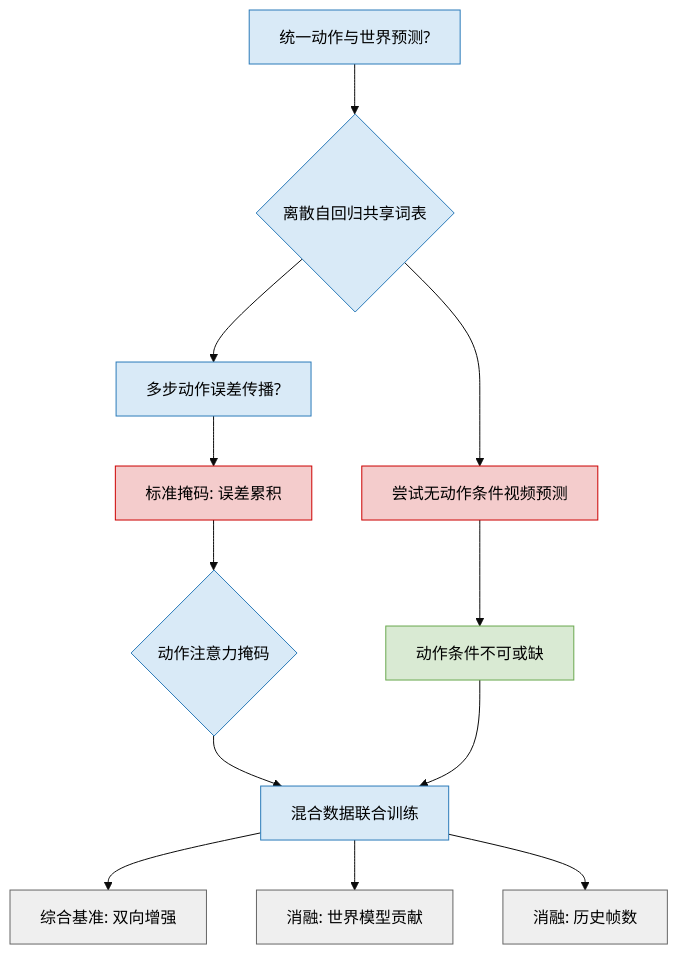
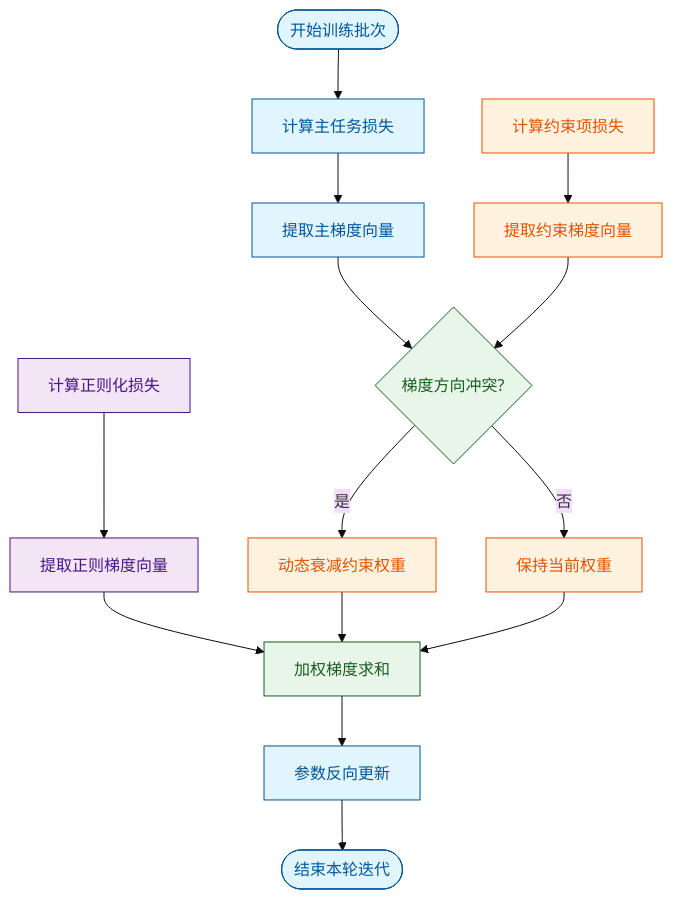
One commit to ShinewineW/paper-rolling changed the fourth of 10 diagrams in person_vault/2026-06-08_WorldVLA_2506.21539/report.md. Above: the diagram before and after it, drawn with Mermaid (base theme). The commit also changed other lines of this file and 300 other files, not shown here.

````diff
--- a/person_vault/2026-06-08_WorldVLA_2506.21539/report.md
+++ b/person_vault/2026-06-08_WorldVLA_2506.21539/report.md
@@ -380,24 +185,25 @@
 ```mermaid
-graph TB
-    q1["统一动作与世界预测?"] --> d1{离散自回归共享词表}
-    d1 --> q2["多步动作误差传播?"]
-    d1 --> de2["尝试无动作条件视频预测"]
-    q2 --> de1["标准掩码: 误差累积"]
-    de1 --> d2{动作注意力掩码}
-    de2 --> less1["动作条件不可或缺"]
-    d2 --> p1["混合数据联合训练"]
-    less1 --> p1
-    p1 --> e1["综合基准: 双向增强"]
-    p1 --> e2["消融: 世界模型贡献"]
-    p1 --> e3["消融: 历史帧数"]
+flowchart TD
+    classDef main fill:#e1f5fe,stroke:#01579b,color:#01579b;
+    classDef dyn fill:#fff3e0,stroke:#e65100,color:#e65100;
+    classDef reg fill:#f3e5f5,stroke:#4a148c,color:#4a148c;
+    classDef merge fill:#e8f5e9,stroke:#1b5e20,color:#1b5e20;
 
-    classDef main fill:#d9eaf7,stroke:#2b7bb9,color:#000
-    classDef dead fill:#f4cccc,stroke:#cc0000,color:#000
-    classDef lesson fill:#d9ead3,stroke:#6aa84f,color:#000
-    classDef exp fill:#efefef,stroke:#666666,color:#000
+    start_batch(["开始训练批次"]):::main --> compute_task["计算主任务损失"]:::main
+    compute_task --> extract_grad_task["提取主梯度向量"]:::main
+    compute_cons["计算约束项损失"]:::dyn --> extract_grad_cons["提取约束梯度向量"]:::dyn
+    compute_reg["计算正则化损失"]:::reg --> extract_grad_reg["提取正则梯度向量"]:::reg
 
-    class q1,d1,q2,d2,p1 main
-    class de1,de2 dead
-    class less1 lesson
-    class e1,e2,e3 exp
+    extract_grad_task --> check_conflict{梯度方向冲突?}:::merge
+    extract_grad_cons --> check_conflict
+    extract_grad_reg --> sum_grad["加权梯度求和"]:::merge
+
+    check_conflict -- 是 --> scale_lambda["动态衰减约束权重"]:::dyn
+    check_conflict -- 否 --> keep_lambda["保持当前权重"]:::dyn
+
+    scale_lambda --> sum_grad
+    keep_lambda --> sum_grad
+
+    sum_grad --> update_param["参数反向更新"]:::main
+    update_param --> end_batch(["结束本轮迭代"]):::main
 ```
````
